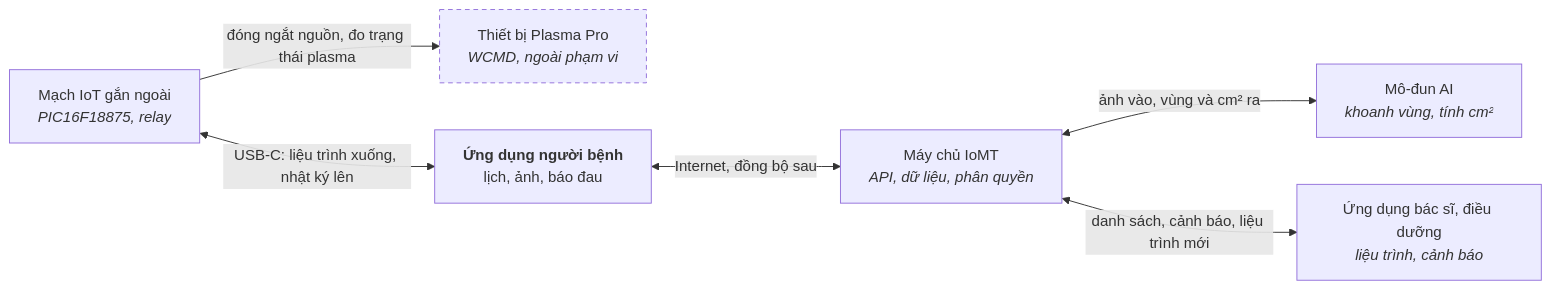
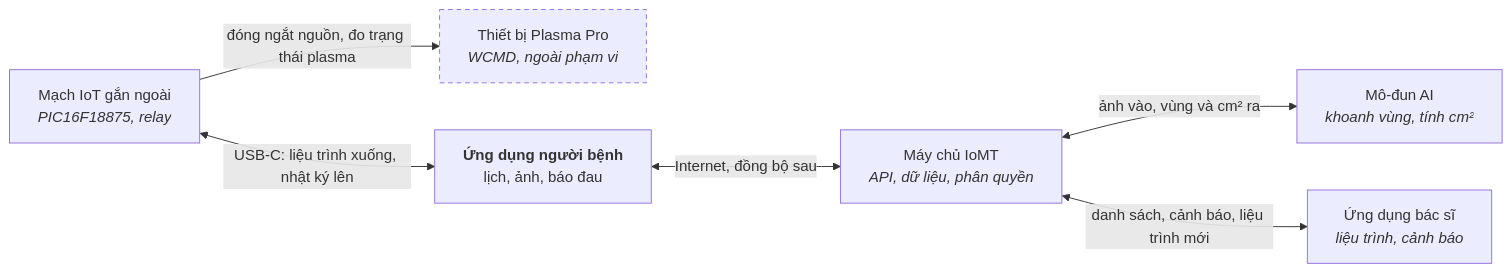
One commit to mducnguyen610/PlasmaProApp changed the diagram in docs/thiet-ke/06-tim-giai-phap.md. Above: the diagram before and after it, drawn with Mermaid. The commit also changed 6 other files, not shown here.

````diff
--- a/docs/thiet-ke/06-tim-giai-phap.md
+++ b/docs/thiet-ke/06-tim-giai-phap.md
@@ -31,15 +31,15 @@
 ```mermaid
 flowchart LR
   DEV["Thiết bị Plasma Pro<br/><i>WCMD, ngoài phạm vi</i>"]:::ext
   IOT["Mạch IoT gắn ngoài<br/><i>PIC16F18875, relay</i>"]
   PAPP["<b>Ứng dụng người bệnh</b><br/>lịch, ảnh, báo đau"]
   SRV["Máy chủ IoMT<br/><i>API, dữ liệu, phân quyền</i>"]
   AI["Mô-đun AI<br/><i>khoanh vùng, tính cm²</i>"]
-  DAPP["Ứng dụng bác sĩ, điều dưỡng<br/><i>liệu trình, cảnh báo</i>"]
+  DAPP["Ứng dụng bác sĩ<br/><i>liệu trình, cảnh báo</i>"]
   IOT -- "đóng ngắt nguồn, đo trạng thái plasma" --> DEV
   IOT <-- "USB-C: liệu trình xuống, nhật ký lên" --> PAPP
   PAPP <-- "Internet, đồng bộ sau" --> SRV
   SRV <-- "ảnh vào, vùng và cm² ra" --> AI
   SRV <-- "danh sách, cảnh báo, liệu trình mới" --> DAPP
   classDef ext stroke-dasharray: 5 4;
 ```
````
